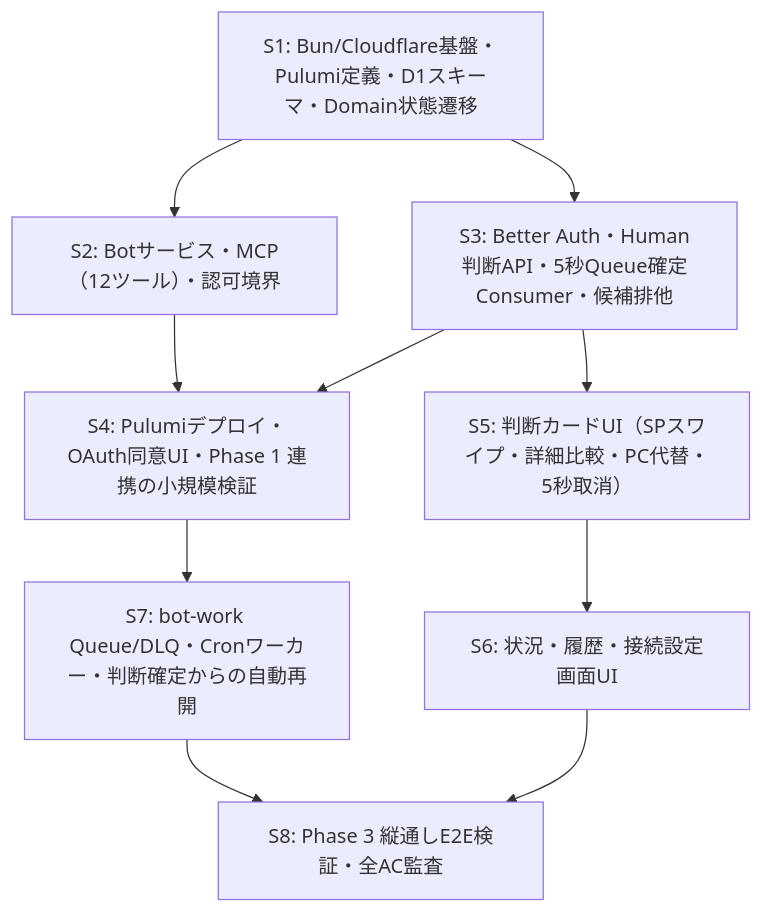
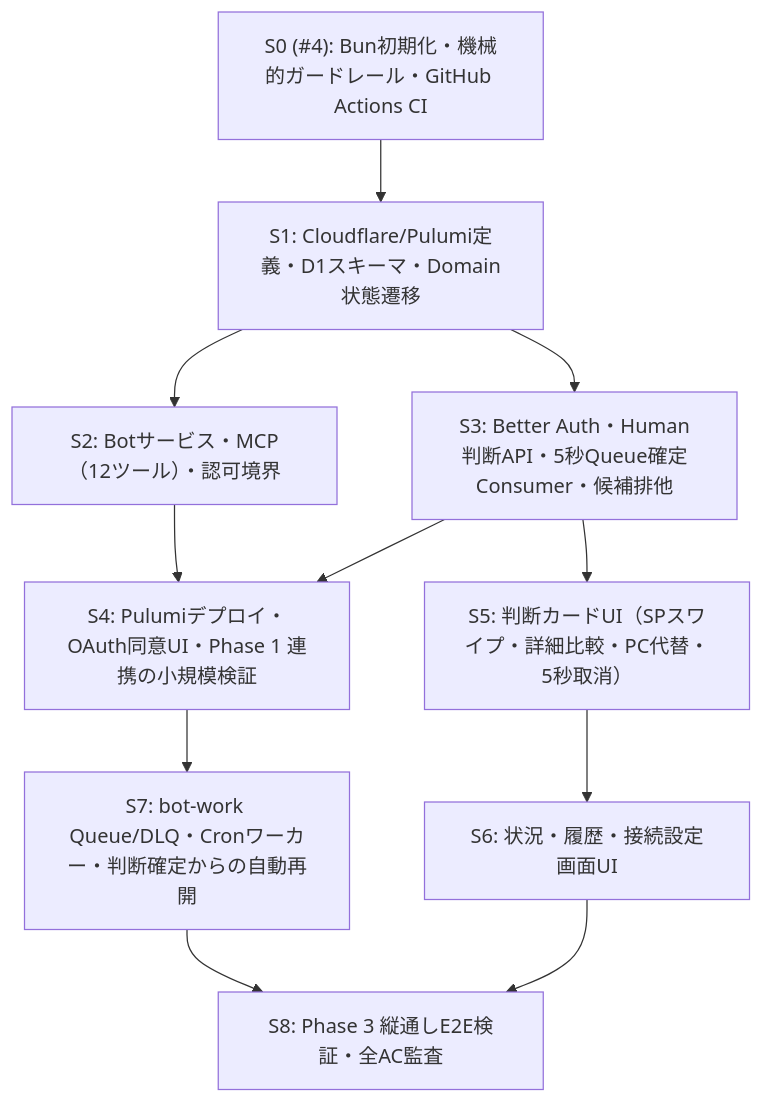
One commit to kkyosuke/bot-board changed the diagram in docs/implementation-plan.md. Above: the diagram before and after it, drawn with Mermaid. The commit also changed other lines of this file and 32 other files, not shown here.

First line of the commit message:
feat(s0): Bun初期化・機械的ガードレール・GitHub Actions CI基盤を構築 (#5)

````diff
--- a/docs/implementation-plan.md
+++ b/docs/implementation-plan.md
@@ -9,12 +9,13 @@
 ```mermaid
 flowchart TD
-  S1["S1: Bun/Cloudflare基盤・Pulumi定義・D1スキーマ・Domain状態遷移"] --> S2["S2: Botサービス・MCP（12ツール）・認可境界"]
+  S0["S0 (#4): Bun初期化・機械的ガードレール・GitHub Actions CI"] --> S1["S1: Cloudflare/Pulumi定義・D1スキーマ・Domain状態遷移"]
+  S1 --> S2["S2: Botサービス・MCP（12ツール）・認可境界"]
   S1 --> S3["S3: Better Auth・Human判断API・5秒Queue確定Consumer・候補排他"]
   S2 --> S4["S4: Pulumiデプロイ・OAuth同意UI・Phase 1 連携の小規模検証"]
   S3 --> S4
   S3 --> S5["S5: 判断カードUI（SPスワイプ・詳細比較・PC代替・5秒取消）"]
   S5 --> S6["S6: 状況・履歴・接続設定画面UI"]
   S4 --> S7["S7: bot-work Queue/DLQ・Cronワーカー・判断確定からの自動再開"]
   S6 --> S8["S8: Phase 3 縦通しE2E検証・全AC監査"]
   S7 --> S8
 ```
````
